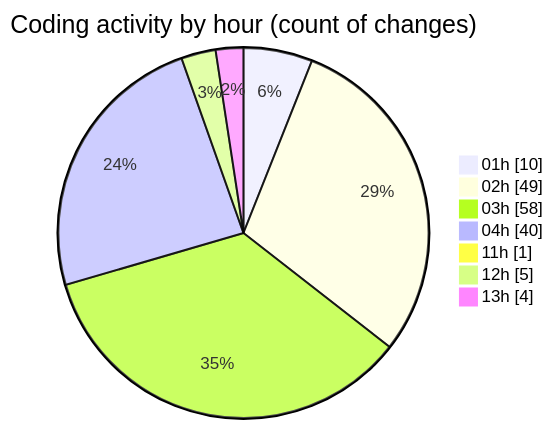
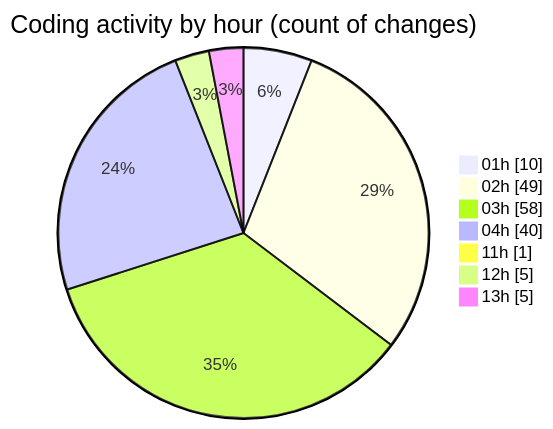
One commit to julien-gomy/code-tracking changed the second of 2 diagrams in 2025-11-21/eventscop-frontend-guide__workspace_/README.md. Above: the diagram before and after it, drawn with Mermaid. The commit also changed other lines of this file and 1 other file, not shown here.

````diff
--- a/2025-11-21/eventscop-frontend-guide__workspace_/README.md
+++ b/2025-11-21/eventscop-frontend-guide__workspace_/README.md
@@ -72,11 +72,11 @@
 ```mermaid
 pie showData
 title Coding activity by hour (count of changes)
 "01h" : 10
 "02h" : 49
 "03h" : 58
 "04h" : 40
 "11h" : 1
 "12h" : 5
-"13h" : 4
+"13h" : 5
 ```
````
